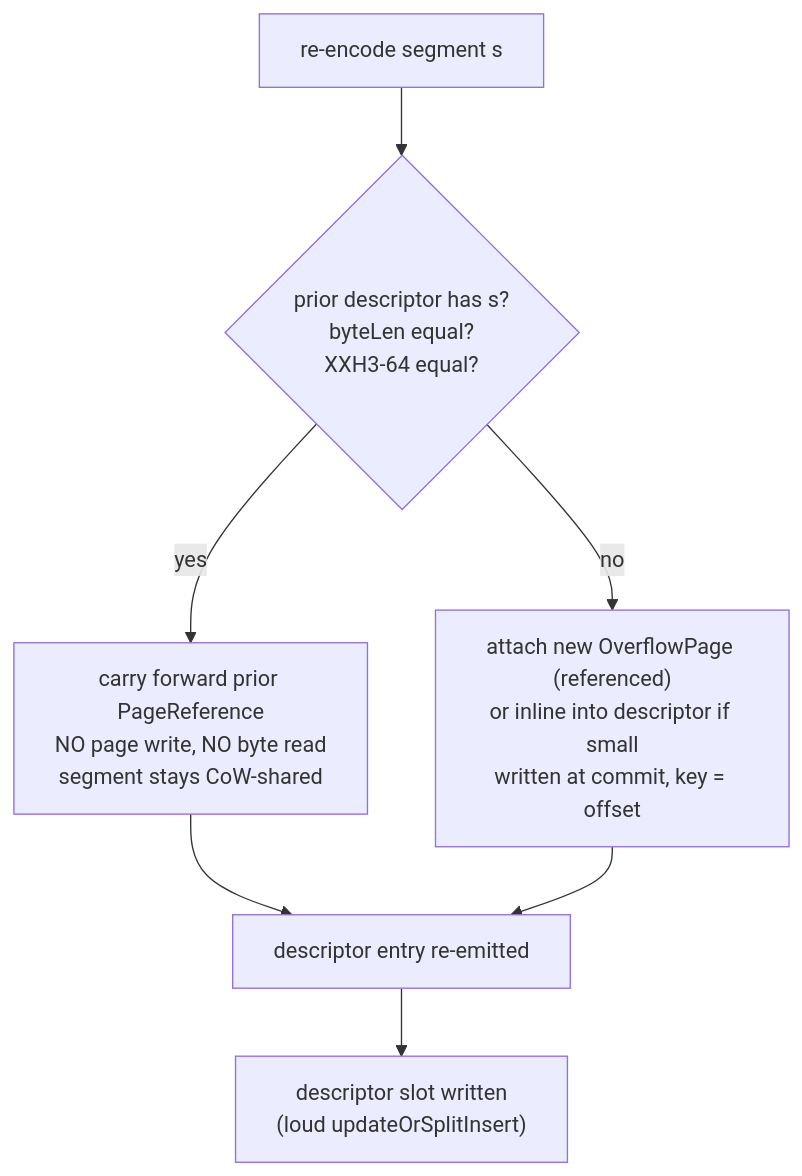
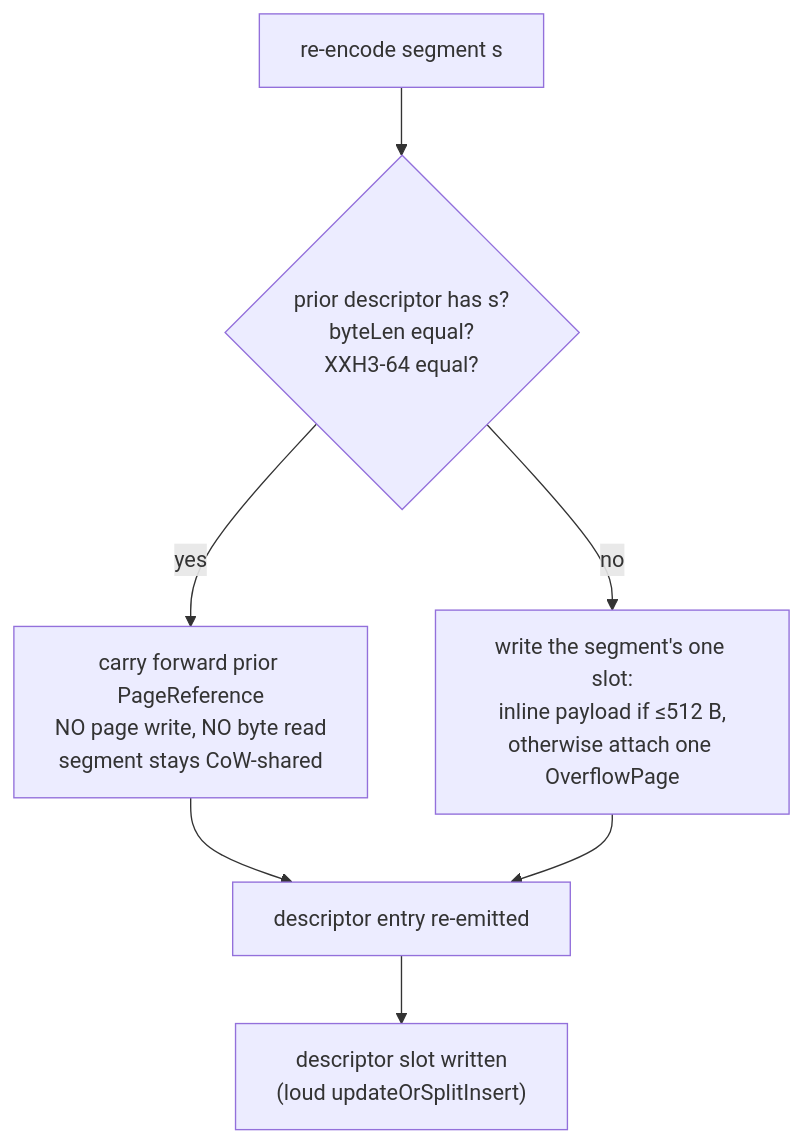
Before and after one commit to sirixdb/sirix: the seventh of 15 diagrams in docs/PROJECTION_INDEX_DEEP_DIVE.md, drawn with Mermaid. The commit also changed other lines of this file and 516 other files, not shown here.

````diff
--- a/docs/PROJECTION_INDEX_DEEP_DIVE.md
+++ b/docs/PROJECTION_INDEX_DEEP_DIVE.md
@@ -702,9 +702,9 @@
 ```mermaid
 flowchart TD
     A["re-encode segment s"] --> B{"prior descriptor has s?<br/>byteLen equal?<br/>XXH3-64 equal?"}
     B -- yes --> C["carry forward prior PageReference<br/>NO page write, NO byte read<br/>segment stays CoW-shared"]
-    B -- no --> D["attach new OverflowPage (referenced)<br/>or inline into descriptor if small<br/>written at commit, key = offset"]
+    B -- no --> D["write the segment's one slot:<br/>inline payload if ≤512 B,<br/>otherwise attach one OverflowPage"]
     C --> E["descriptor entry re-emitted"]
     D --> E
     E --> F["descriptor slot written<br/>(loud updateOrSplitInsert)"]
 ```
````
